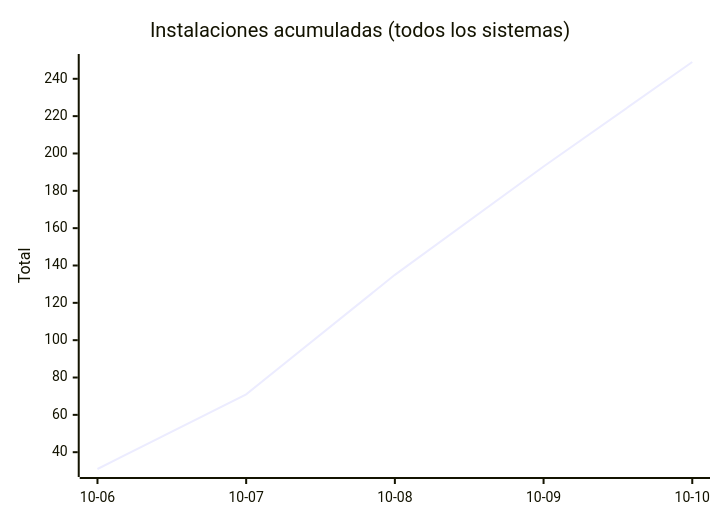
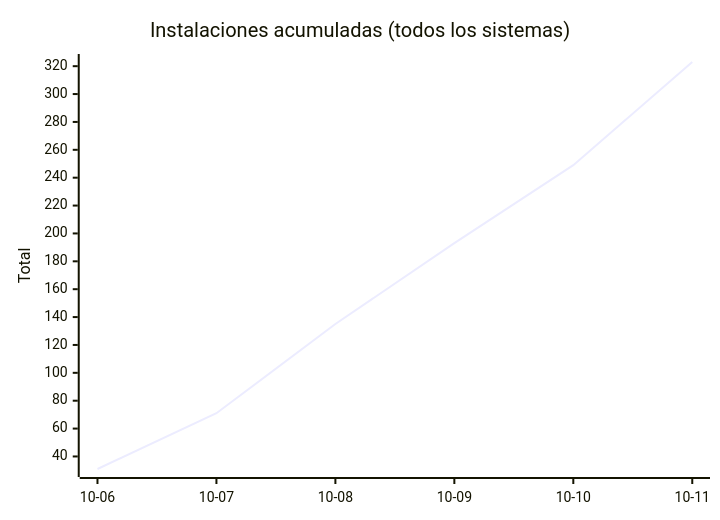
Before and after one commit to EmuDeck/stats: the seventh of 8 diagrams in README.md, drawn with Mermaid. The commit also changed other lines of this file and 2 other files, not shown here.

````diff
--- a/README.md
+++ b/README.md
@@ -76,7 +76,7 @@
 ```mermaid
 xychart-beta
     title "Instalaciones acumuladas (todos los sistemas)"
-    x-axis ["10-06", "10-07", "10-08", "10-09", "10-10"]
+    x-axis ["10-06", "10-07", "10-08", "10-09", "10-10", "10-11"]
     y-axis "Total"
-    line [31, 71, 135, 193, 249]
+    line [31, 71, 135, 193, 249, 323]
 ```
````
